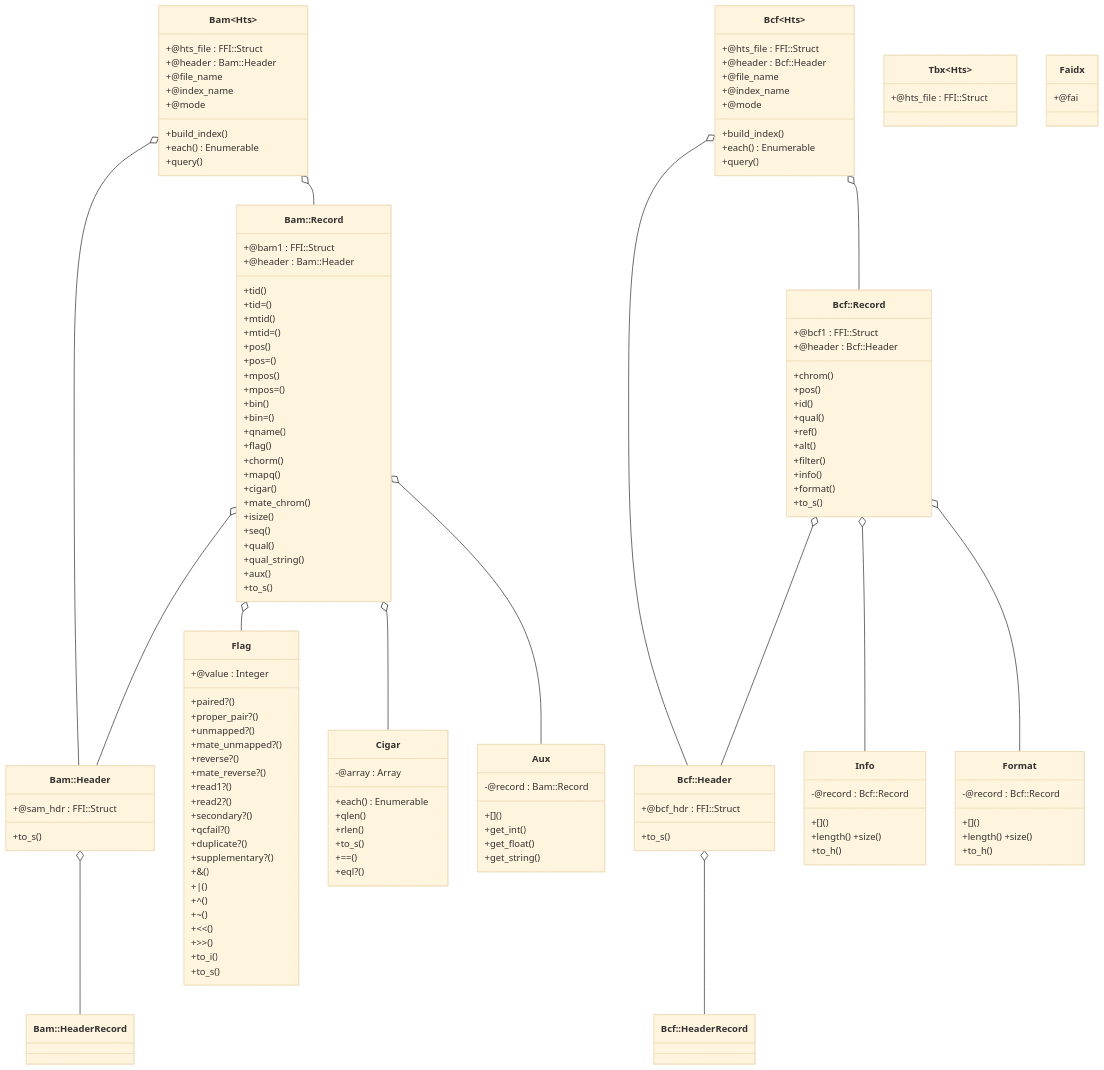
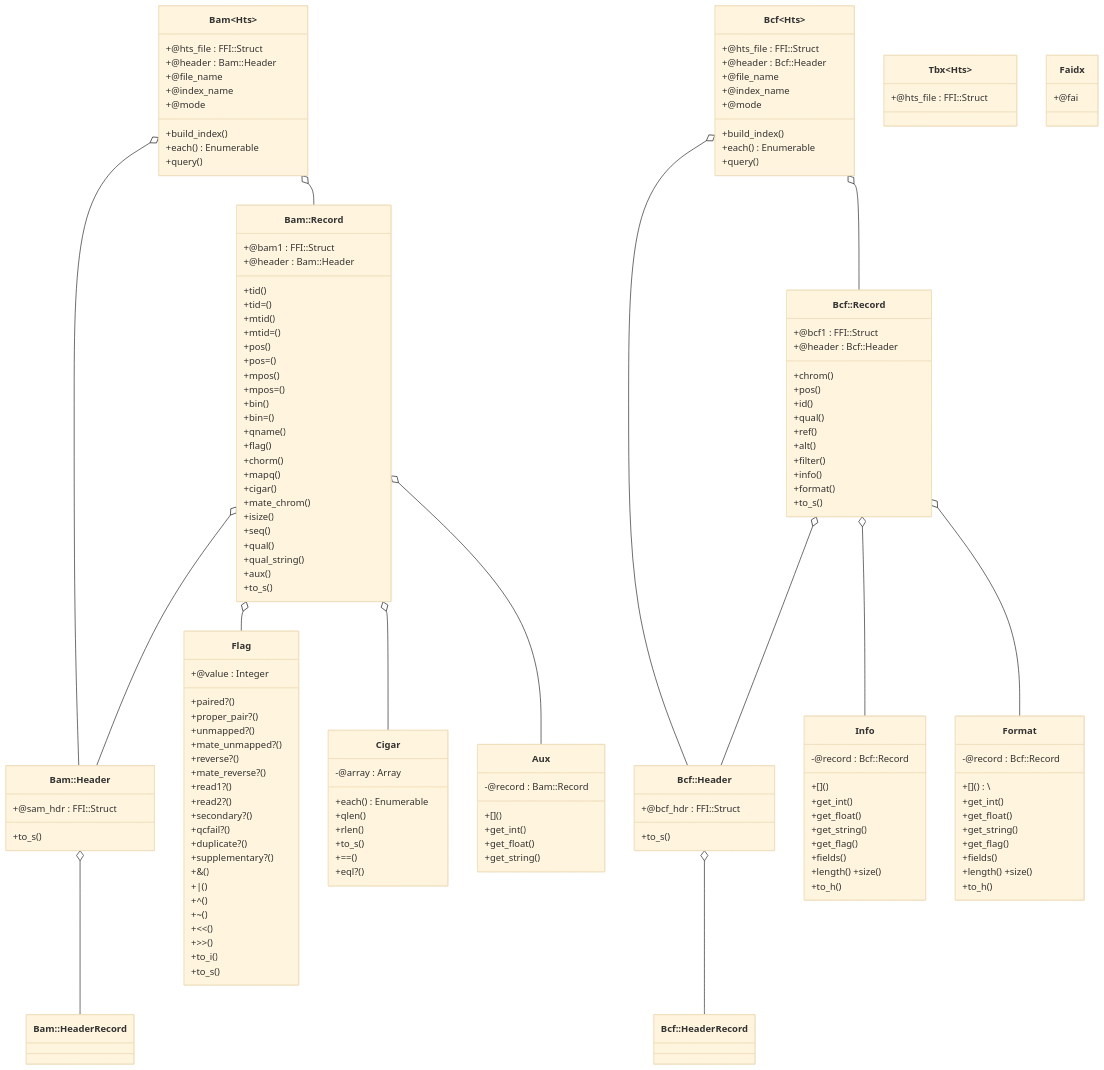
One commit to kojix2/ruby-htslib changed the diagram in TUTORIAL.md. Above: the diagram before and after it, drawn with Mermaid.

```diff
--- a/TUTORIAL.md
+++ b/TUTORIAL.md
@@ -120,12 +120,22 @@
 class Info {
   -@record : Bcf::Record
   +[]()
+  +get_int()
+  +get_float()
+  +get_string()
+  +get_flag()
+  +fields()
   +length() +size()
   +to_h()
 }
 class Format {
   -@record : Bcf::Record
-  +[]()
+  +[]()\
+  +get_int()
+  +get_float()
+  +get_string()
+  +get_flag()
+  +fields()
   +length() +size()
   +to_h()
 }
```
